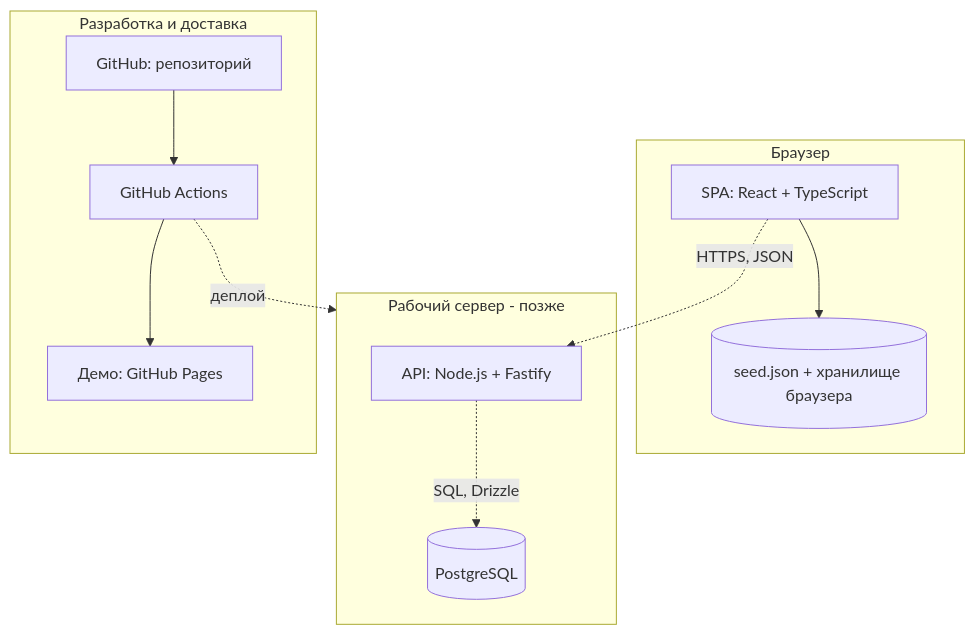
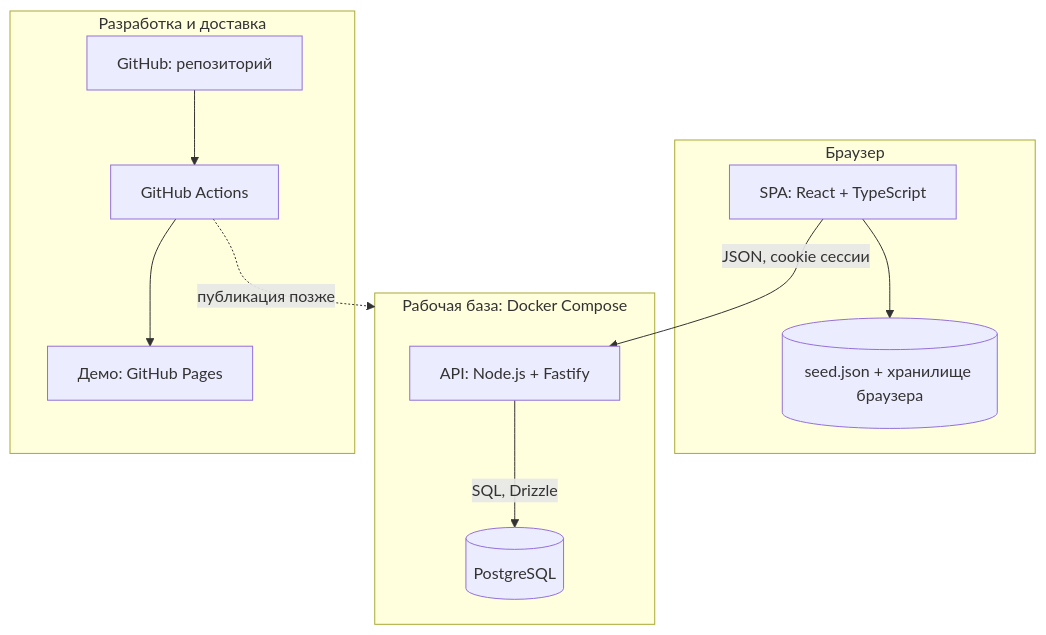
One commit to TimurNazmutdinov/team-tracker changed the second of 8 diagrams in docs/architecture.md. Above: the diagram before and after it, drawn with Mermaid. The commit also changed other lines of this file and 29 other files, not shown here.

````diff
--- a/docs/architecture.md
+++ b/docs/architecture.md
@@ -47,22 +48,22 @@
 ```mermaid
 flowchart TD
     subgraph Browser[Браузер]
         SPA[SPA: React + TypeScript]
         Local[(seed.json + хранилище браузера)]
     end
-    subgraph Server[Рабочий сервер - позже]
+    subgraph Server[Рабочая база: Docker Compose]
         API[API: Node.js + Fastify]
         DB[(PostgreSQL)]
     end
     subgraph Dev[Разработка и доставка]
         Repo[GitHub: репозиторий]
         CI[GitHub Actions]
         Pages[Демо: GitHub Pages]
     end
     SPA --> Local
-    SPA -.->|HTTPS, JSON| API
-    API -.->|SQL, Drizzle| DB
+    SPA -->|JSON, cookie сессии| API
+    API -->|SQL, Drizzle| DB
     Repo --> CI
     CI --> Pages
-    CI -.->|деплой| Server
+    CI -.->|публикация позже| Server
 ```
````
